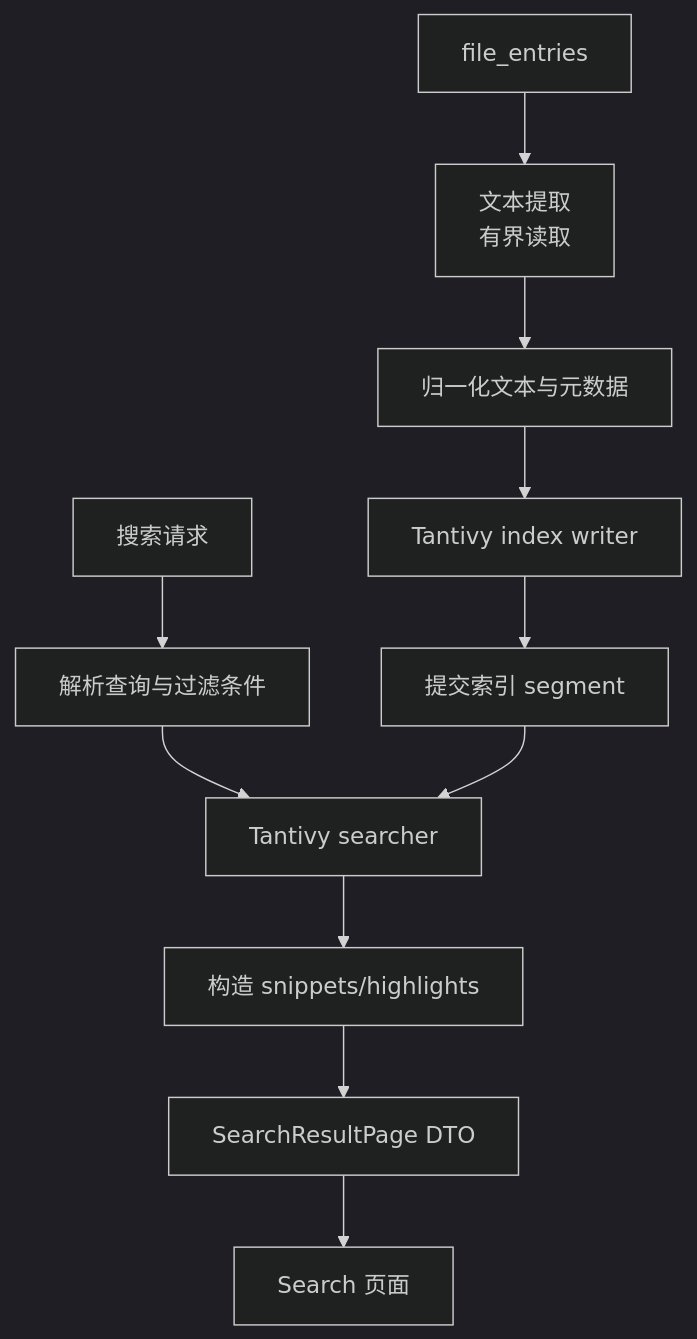
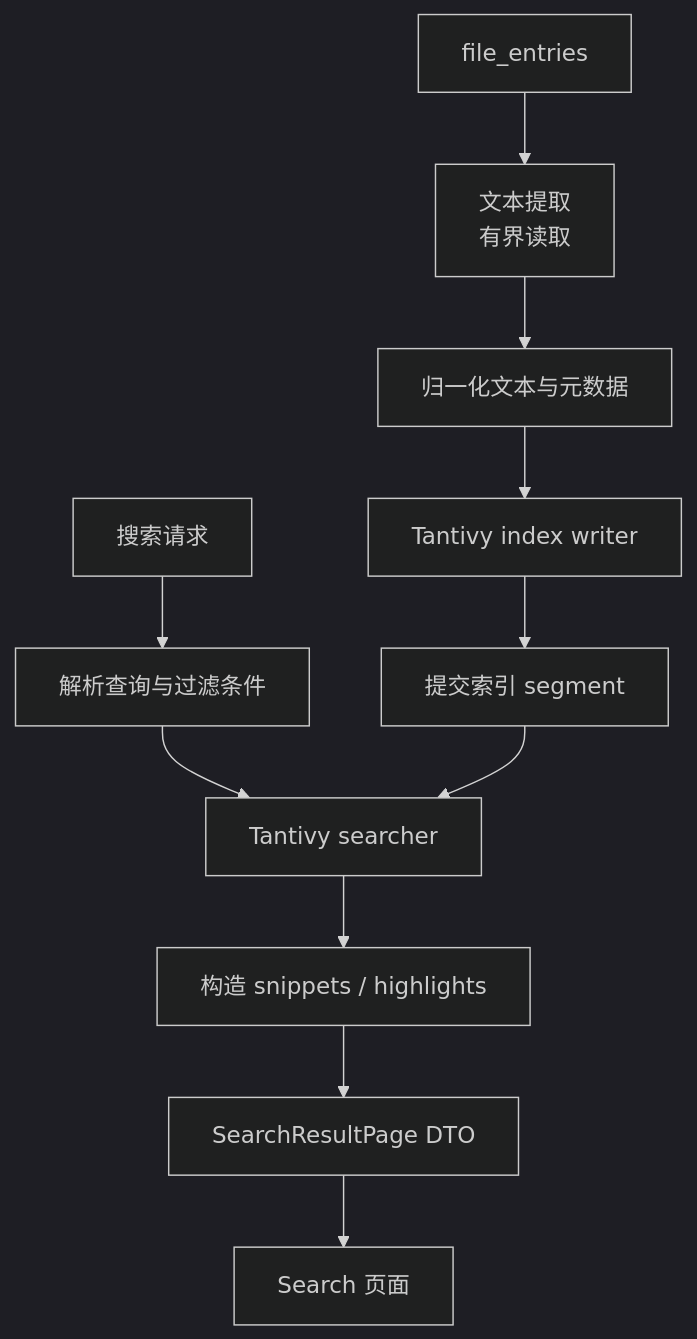
One commit to lQ-A-Ql/meow-detective changed the ninth of 14 diagrams in docs/model-architecture-algorithm-diagrams.md. Above: the diagram before and after it, drawn with Mermaid (dark theme). The commit also changed other lines of this file and 70 other files, not shown here.

````diff
--- a/docs/model-architecture-algorithm-diagrams.md
+++ b/docs/model-architecture-algorithm-diagrams.md
@@ -329,18 +360,18 @@
 ```mermaid
 flowchart TB
   Files["file_entries"]
   Extract["文本提取<br/>有界读取"]
   Normalize["归一化文本与元数据"]
   Index["Tantivy index writer"]
   Commit["提交索引 segment"]
   Query["搜索请求"]
   Parse["解析查询与过滤条件"]
   Searcher["Tantivy searcher"]
-  Highlight["构造 snippets/highlights"]
+  Highlight["构造 snippets / highlights"]
   Page["SearchResultPage DTO"]
 
   Files --> Extract --> Normalize --> Index --> Commit
   Query --> Parse --> Searcher --> Highlight --> Page
   Commit --> Searcher
   Page --> UI["Search 页面"]
 ```
````
